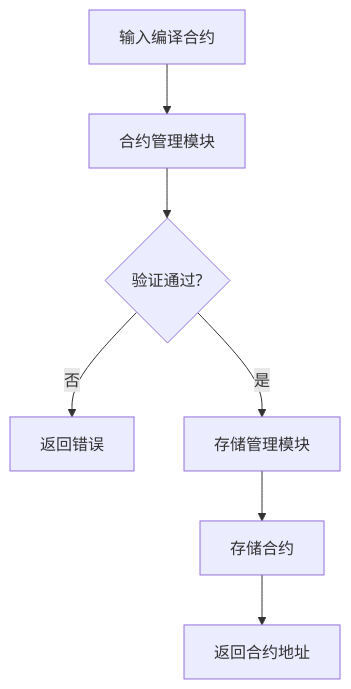
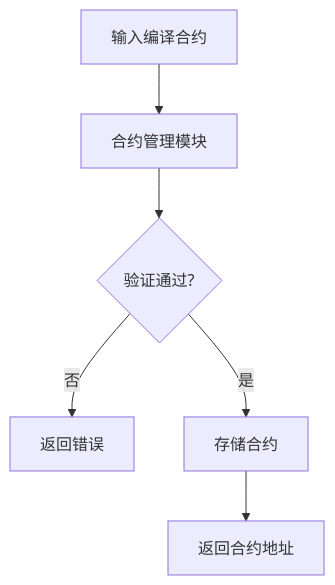
Before and after one commit to lengzhao/vm: the third of 5 diagrams in docs/detailed_design/vm_engine_detailed_design.md, drawn with Mermaid. The commit also changed other lines of this file and 11 other files, not shown here.

````diff
--- a/docs/detailed_design/vm_engine_detailed_design.md
+++ b/docs/detailed_design/vm_engine_detailed_design.md
@@ -118,9 +113,8 @@
 ```mermaid
 graph TD
 A[输入编译合约] --> B[合约管理模块]
 B --> C{验证通过?}
 C --> |否| D[返回错误]
-C --> |是| E[存储管理模块]
-E --> F[存储合约]
-F --> G[返回合约地址]
+C --> |是| E[存储合约]
+E --> F[返回合约地址]
 ```
````
